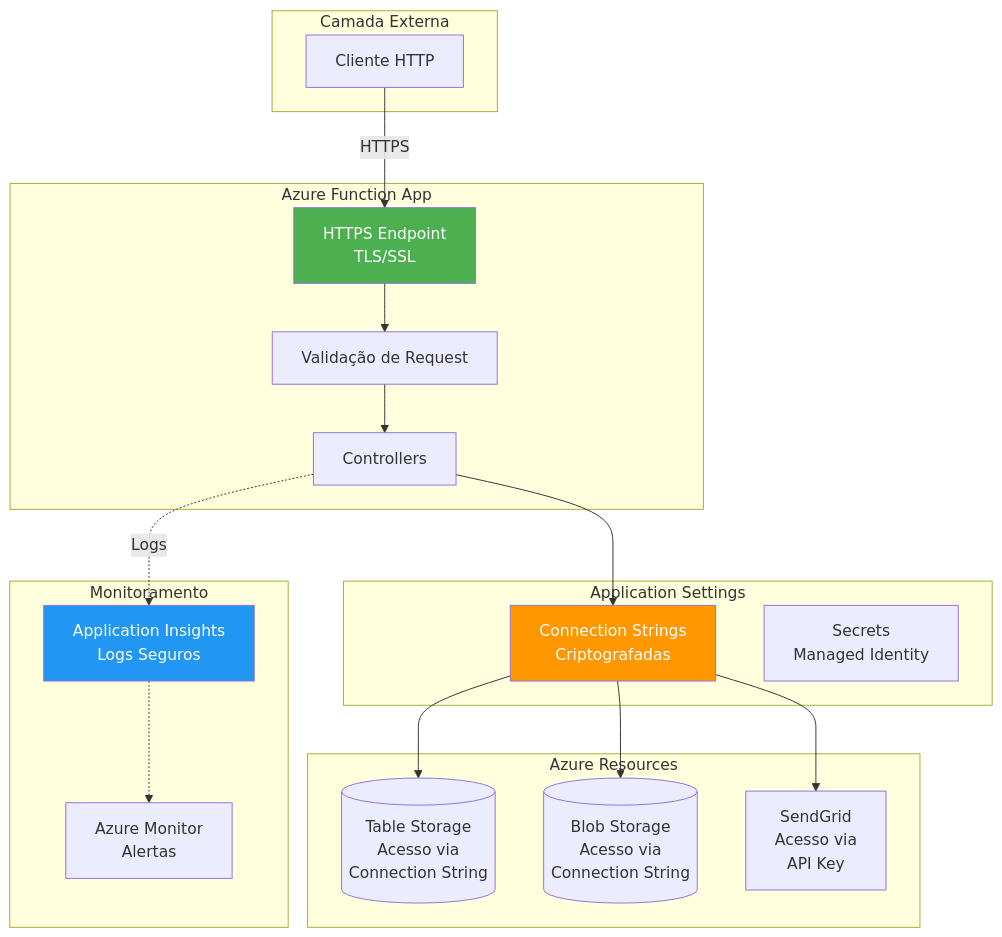
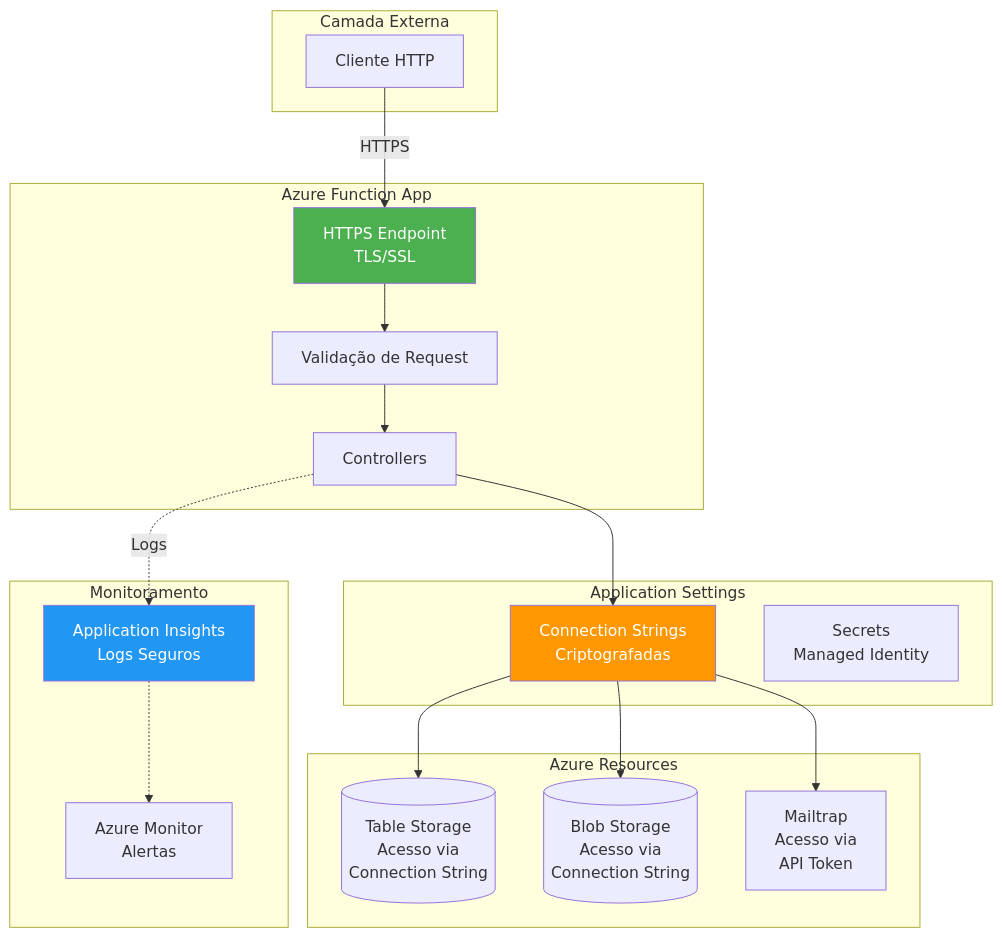
One commit to luizffdemoraes/feedback-sync changed the ninth of 9 diagrams in README.md. Above: the diagram before and after it, drawn with Mermaid. The commit also changed other lines of this file and 3 other files, not shown here.

````diff
--- a/README.md
+++ b/README.md
@@ -644,42 +667,42 @@
 ```mermaid
 graph TB
     subgraph "Camada Externa"
         Client[Cliente HTTP]
     end
 
     subgraph "Azure Function App"
         HTTPS[HTTPS Endpoint<br/>TLS/SSL]
         Auth[Validação de Request]
         Controller[Controllers]
     end
 
     subgraph "Application Settings"
         ConnStrings[Connection Strings<br/>Criptografadas]
         Secrets[Secrets<br/>Managed Identity]
     end
 
     subgraph "Azure Resources"
         Table[(Table Storage<br/>Acesso via<br/>Connection String)]
         Blob[(Blob Storage<br/>Acesso via<br/>Connection String)]
-        SendGrid[SendGrid<br/>Acesso via<br/>API Key]
+        Mailtrap[Mailtrap<br/>Acesso via<br/>API Token]
     end
 
     subgraph "Monitoramento"
         AppInsights[Application Insights<br/>Logs Seguros]
         Monitor[Azure Monitor<br/>Alertas]
     end
 
     Client -->|HTTPS| HTTPS
     HTTPS --> Auth
     Auth --> Controller
     Controller --> ConnStrings
     ConnStrings --> Table
     ConnStrings --> Blob
-    ConnStrings --> SendGrid
+    ConnStrings --> Mailtrap
     Controller -.->|Logs| AppInsights
     AppInsights -.-> Monitor
 
     style HTTPS fill:#4CAF50,color:#fff
     style ConnStrings fill:#FF9800,color:#fff
     style AppInsights fill:#2196F3,color:#fff
 ```
````
